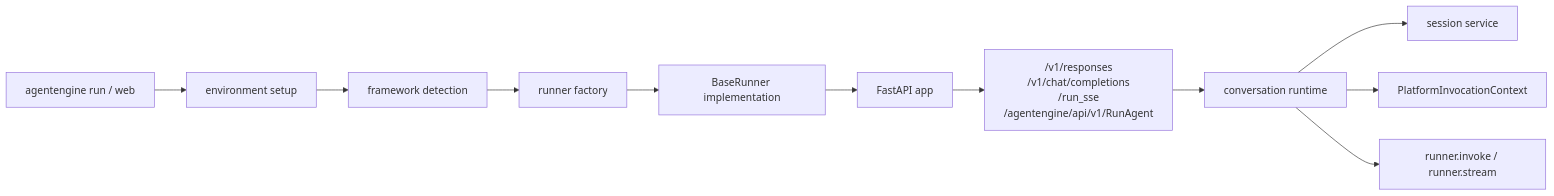
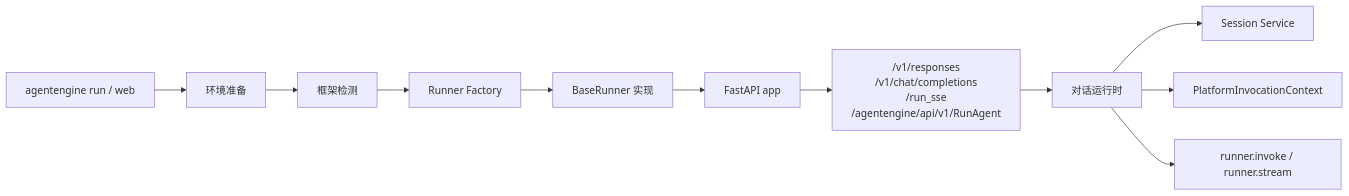
Before and after one commit to kingsoftcloud/ksadk-python: the first of 4 diagrams in public-docs/guides/runtime-architecture.md, drawn with Mermaid. The commit also changed other lines of this file and 107 other files, not shown here.

````diff
--- a/public-docs/guides/runtime-architecture.md
+++ b/public-docs/guides/runtime-architecture.md
@@ -9,13 +8,13 @@
 ```mermaid
 flowchart LR
-  CLI["agentengine run / web"] --> Env["environment setup"]
-  Env --> Detect["framework detection"]
-  Detect --> Factory["runner factory"]
-  Factory --> Runner["BaseRunner implementation"]
+  CLI["agentengine run / web"] --> Env["环境准备"]
+  Env --> Detect["框架检测"]
+  Detect --> Factory["Runner Factory"]
+  Factory --> Runner["BaseRunner 实现"]
   Runner --> Server["FastAPI app"]
   Server --> Protocol["/v1/responses<br/>/v1/chat/completions<br/>/run_sse<br/>/agentengine/api/v1/RunAgent"]
-  Protocol --> Conversation["conversation runtime"]
-  Conversation --> Sessions["session service"]
+  Protocol --> Conversation["对话运行时"]
+  Conversation --> Sessions["Session Service"]
   Conversation --> Context["PlatformInvocationContext"]
   Conversation --> RunnerCall["runner.invoke / runner.stream"]
 ```
````
